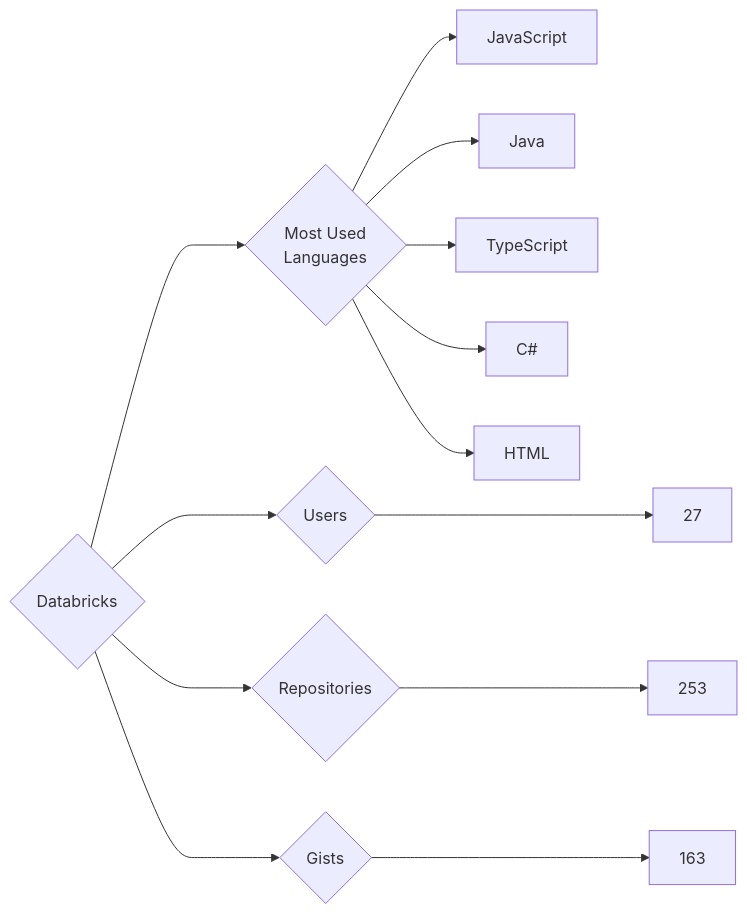
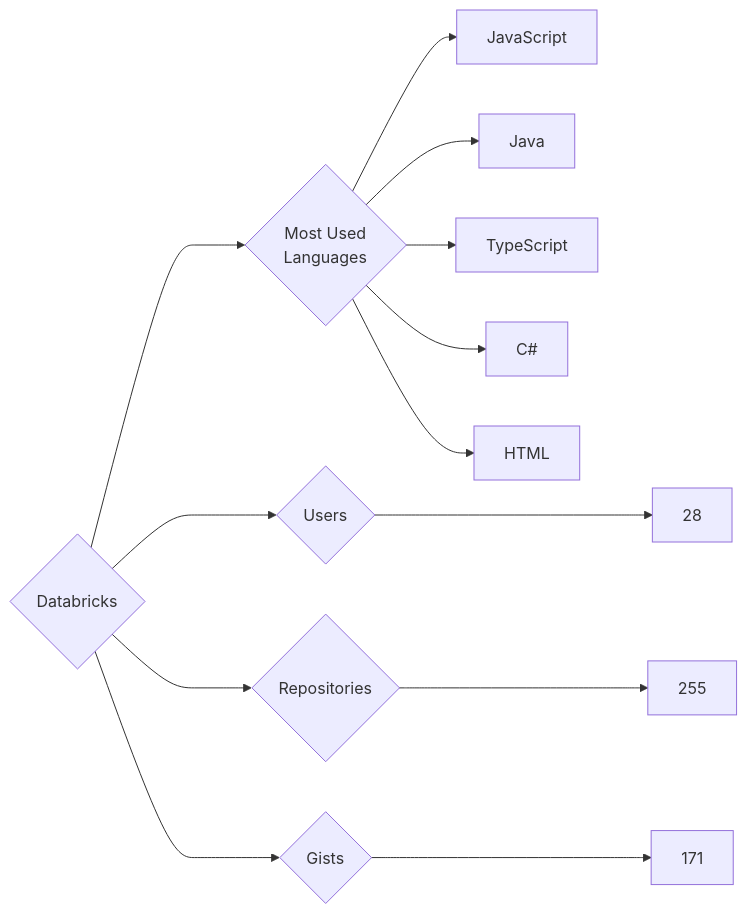
One commit to trickest/insiders changed the diagram in targets/Databricks/README.md. Above: the diagram before and after it, drawn with Mermaid. The commit also changed 1020 other files, not shown here.

````diff
--- a/targets/Databricks/README.md
+++ b/targets/Databricks/README.md
@@ -3,13 +3,13 @@
 ```mermaid
 graph LR
 COMPANY_NAME{Databricks}
-COMPANY_NAME ---> U{Users} ---> UN[27]
-COMPANY_NAME ---> R{Repositories} ---> RN[253]
-COMPANY_NAME ---> G{Gists} ---> GN[163]
+COMPANY_NAME ---> U{Users} ---> UN[28]
+COMPANY_NAME ---> R{Repositories} ---> RN[255]
+COMPANY_NAME ---> G{Gists} ---> GN[171]
 COMPANY_NAME ---> ML{Most Used<br>Languages}
 ML --> JavaScript[JavaScript]
 ML --> Java[Java]
 ML --> TypeScript[TypeScript]
 ML --> C#[C#]
 ML --> HTML[HTML]
 ```
````
